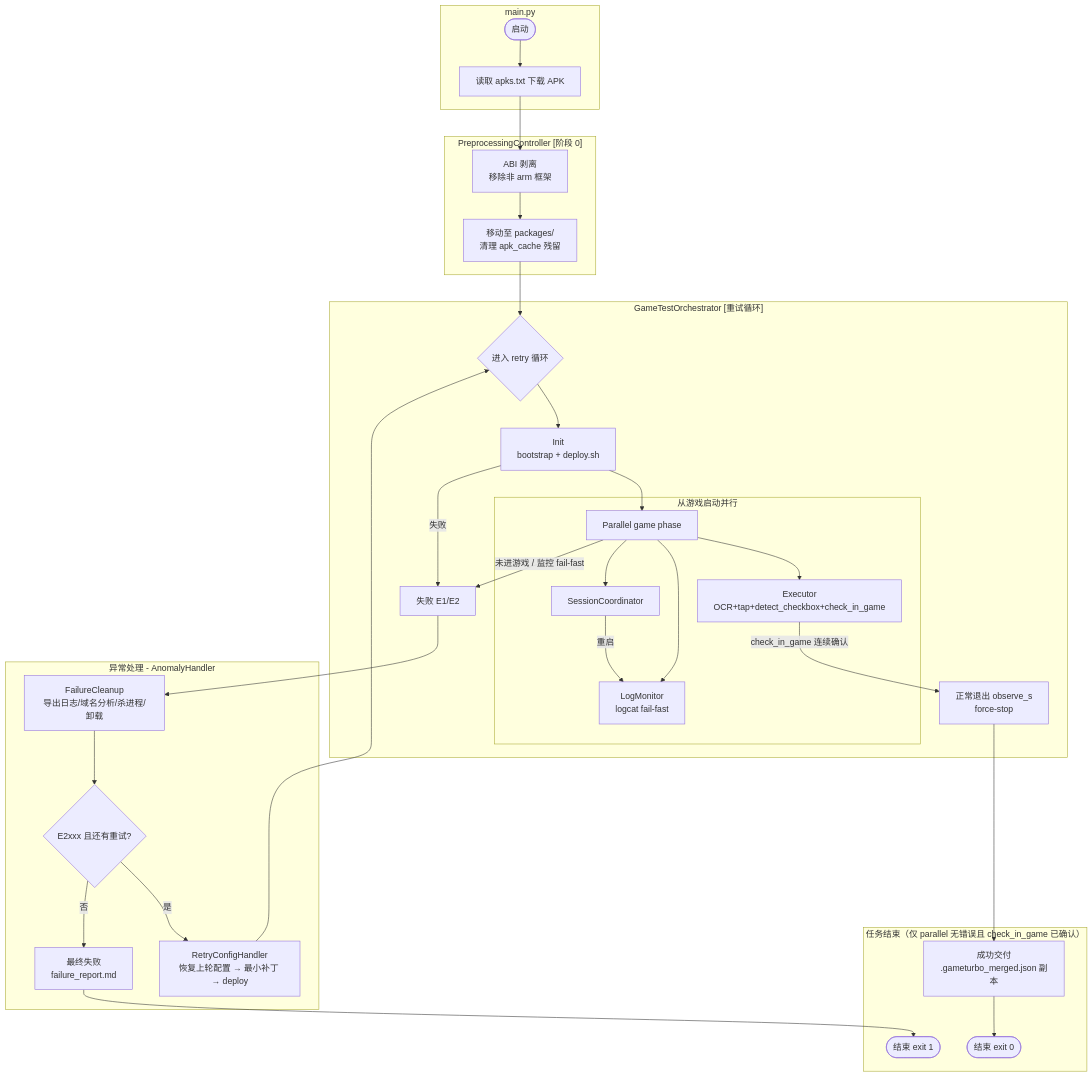
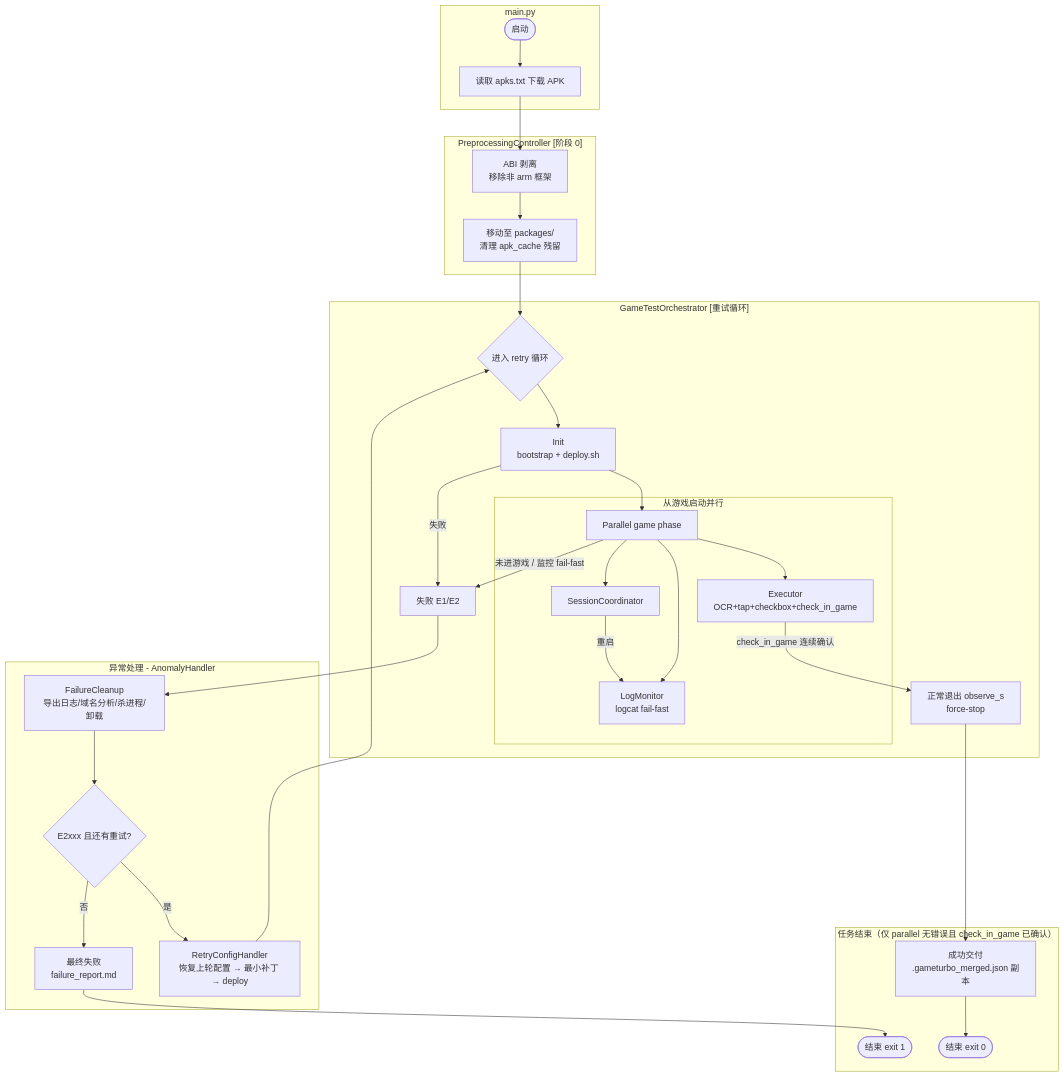
One commit to WartDipara/ai-test-workflow changed the first of 2 diagrams in README.md. Above: the diagram before and after it, drawn with Mermaid. The commit also changed other lines of this file and 9 other files, not shown here.

````diff
--- a/README.md
+++ b/README.md
@@ -21,43 +21,43 @@
 ```mermaid
 graph TD
   subgraph "main.py"
     START([启动]) --> PREPROCESSING
   end
 
   subgraph "PreprocessingController [阶段 0]"
     PREPROCESSING[读取 apks.txt 下载 APK]
     PREPROCESSING --> STRIP[ABI 剥离<br/>移除非 arm 框架]
     STRIP --> MOVE[移动至 packages/<br/>清理 apk_cache 残留]
   end
 
   subgraph "GameTestOrchestrator [重试循环]"
     MOVE --> RETRY_LOOP{进入 retry 循环}
     RETRY_LOOP --> INIT[Init<br/>bootstrap + deploy.sh]
     INIT --> PARALLEL[Parallel game phase]
 
     subgraph "从游戏启动并行"
-      PARALLEL --> EX[Executor<br/>OCR+tap+detect_checkbox+check_in_game]
+      PARALLEL --> EX[Executor<br/>OCR+tap+checkbox+check_in_game]
       PARALLEL --> LM[LogMonitor<br/>logcat fail-fast]
       PARALLEL --> SC[SessionCoordinator]
       SC -->|重启| LM
     end
 
     EX -->|check_in_game 连续确认| NORMAL_EXIT[正常退出 observe_s<br/>force-stop]
     PARALLEL -->|未进游戏 / 监控 fail-fast| FAILURE[失败 E1/E2]
     INIT -->|失败| FAILURE
   end
 
   subgraph "异常处理 - AnomalyHandler"
     FAILURE --> CLEANUP[FailureCleanup<br/>导出日志/域名分析/杀进程/卸载]
     CLEANUP --> RETRY{E2xxx 且还有重试?}
     RETRY -->|是| MODIFY[RetryConfigHandler<br/>恢复上轮配置 → 最小补丁 → deploy]
     MODIFY --> RETRY_LOOP
     RETRY -->|否| FINAL_FAIL[最终失败<br/>failure_report.md]
   end
 
   subgraph "任务结束（仅 parallel 无错误且 check_in_game 已确认）"
     NORMAL_EXIT --> SUCCESS[成功交付<br/>.gameturbo_merged.json 副本]
     SUCCESS --> END([结束 exit 0])
     FINAL_FAIL --> END_FAIL([结束 exit 1])
   end
 ```
````
